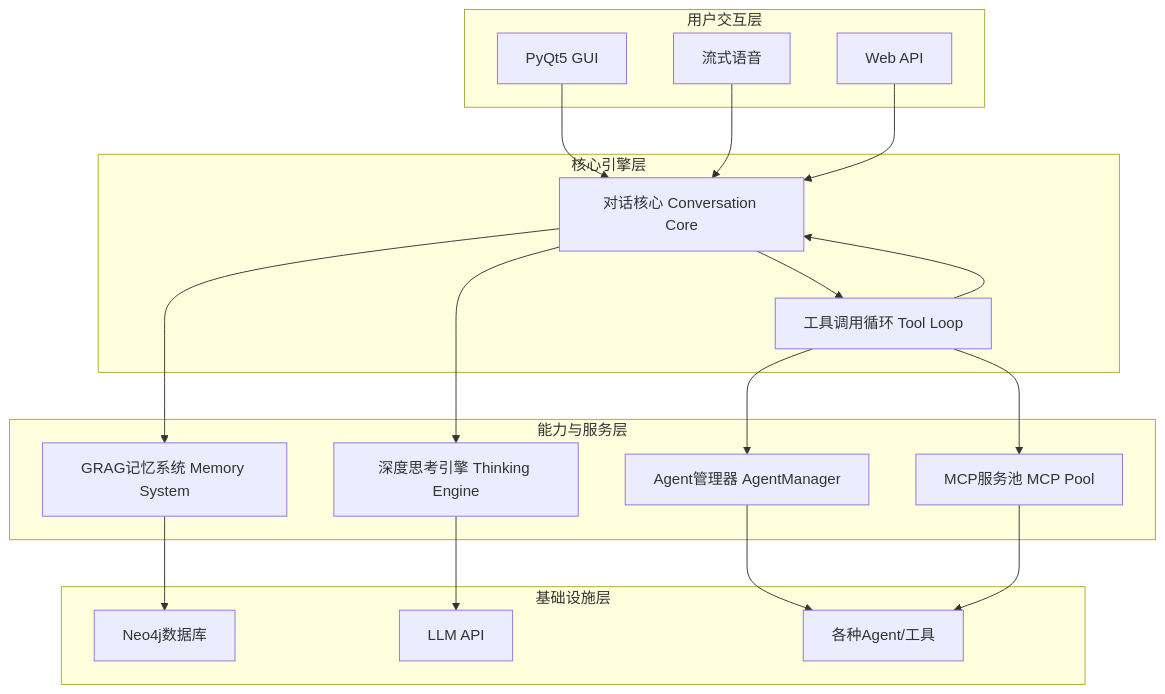
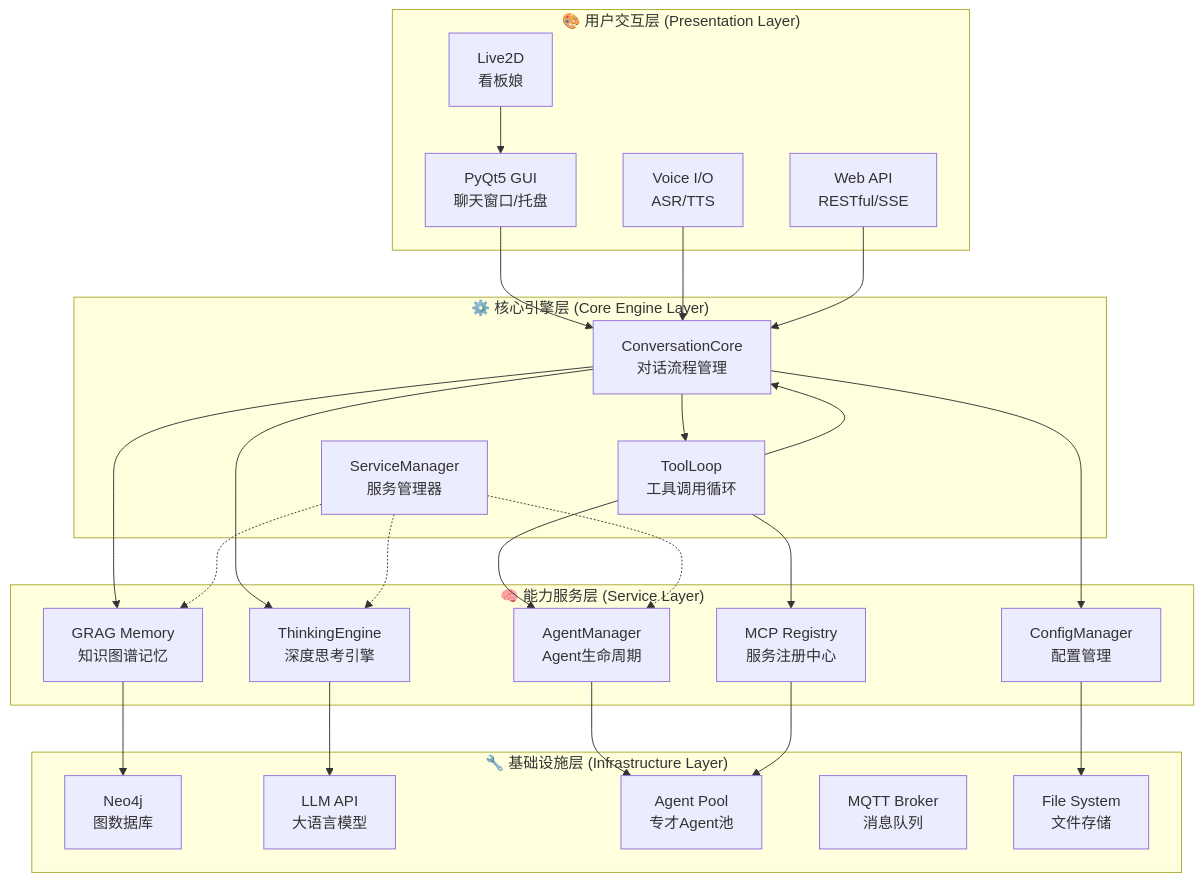
One commit to RTGS2017/NagaAgent changed the first of 3 diagrams in README.md. Above: the diagram before and after it, drawn with Mermaid. The commit also changed other lines of this file and 2 other files, not shown here.

````diff
--- a/README.md
+++ b/README.md
@@ -161,38 +271,51 @@
 ```mermaid
-graph TD
-    subgraph 用户交互层
-        A1[PyQt5 GUI]
-        A2[流式语音]
-        A3[Web API]
+graph TB
+    subgraph "🎨 用户交互层 (Presentation Layer)"
+        A1[PyQt5 GUI<br/>聊天窗口/托盘]
+        A2[Voice I/O<br/>ASR/TTS]
+        A3[Web API<br/>RESTful/SSE]
+        A4[Live2D<br/>看板娘]
     end
 
-    subgraph 核心引擎层
-        B1[对话核心 Conversation Core]
-        B2[工具调用循环 Tool Loop]
+    subgraph "⚙️ 核心引擎层 (Core Engine Layer)"
+        B1[ConversationCore<br/>对话流程管理]
+        B2[ToolLoop<br/>工具调用循环]
+        B3[ServiceManager<br/>服务管理器]
     end
 
-    subgraph 能力与服务层
-        C1[深度思考引擎 Thinking Engine]
-        C2[GRAG记忆系统 Memory System]
-        C3[Agent管理器 AgentManager]
-        C4[MCP服务池 MCP Pool]
-    end
-    
-    subgraph 基础设施层
-        D1[Neo4j数据库]
-        D2[LLM API]
-        D3[各种Agent/工具]
+    subgraph "🧠 能力服务层 (Service Layer)"
+        C1[ThinkingEngine<br/>深度思考引擎]
+        C2[GRAG Memory<br/>知识图谱记忆]
+        C3[AgentManager<br/>Agent生命周期]
+        C4[MCP Registry<br/>服务注册中心]
+        C5[ConfigManager<br/>配置管理]
     end
 
-    A1 & A2 & A3 --> B1
+    subgraph "🔧 基础设施层 (Infrastructure Layer)"
+        D1[Neo4j<br/>图数据库]
+        D2[LLM API<br/>大语言模型]
+        D3[Agent Pool<br/>专才Agent池]
+        D4[MQTT Broker<br/>消息队列]
+        D5[File System<br/>文件存储]
+    end
+
+    %% 交互关系
+    A1 --> B1
+    A2 --> B1
+    A3 --> B1
+    A4 --> A1
+
     B1 --> B2
     B2 --> C3 & C4
     B2 --> B1
-    
-    B1 --> C1 & C2
 
+    B1 --> C1 & C2 & C5
+
+    C1 --> D2
     C2 --> D1
-    C1 --> D2
     C3 --> D3
     C4 --> D3
+    C5 --> D5
+
+    B3 -.-> C1 & C2 & C3
 ```
````
